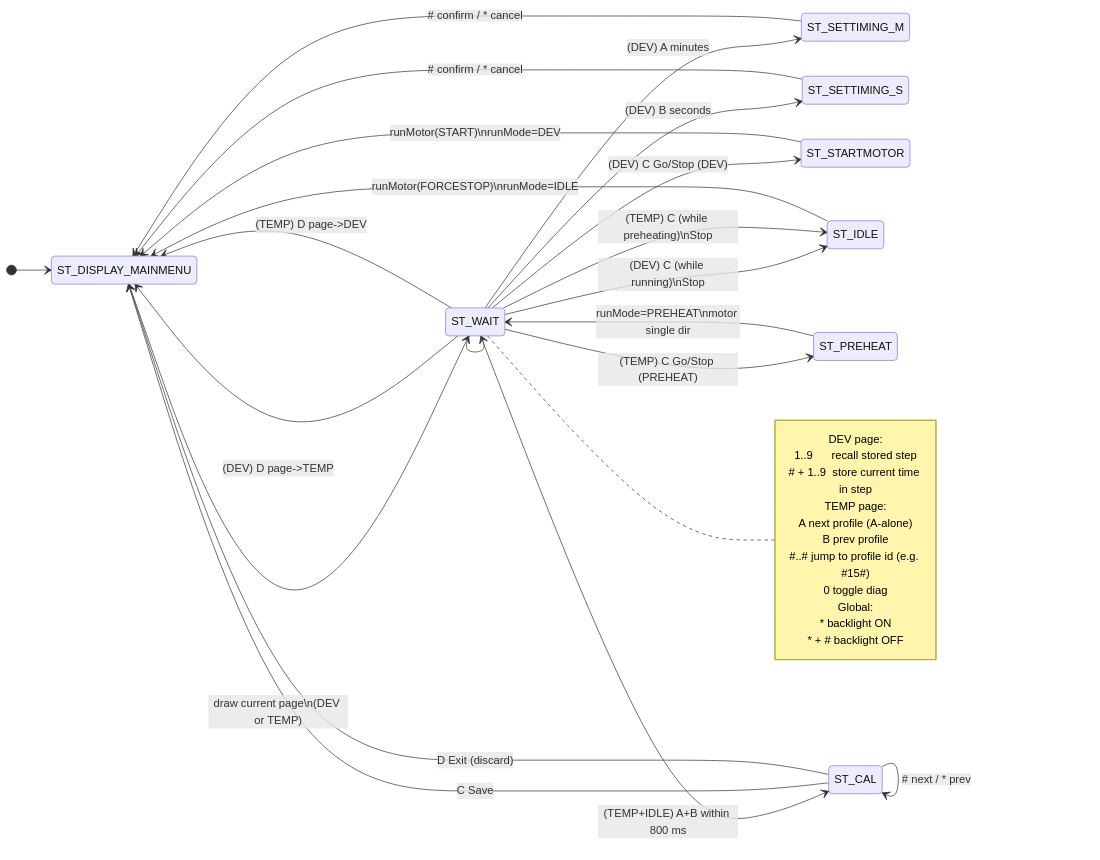
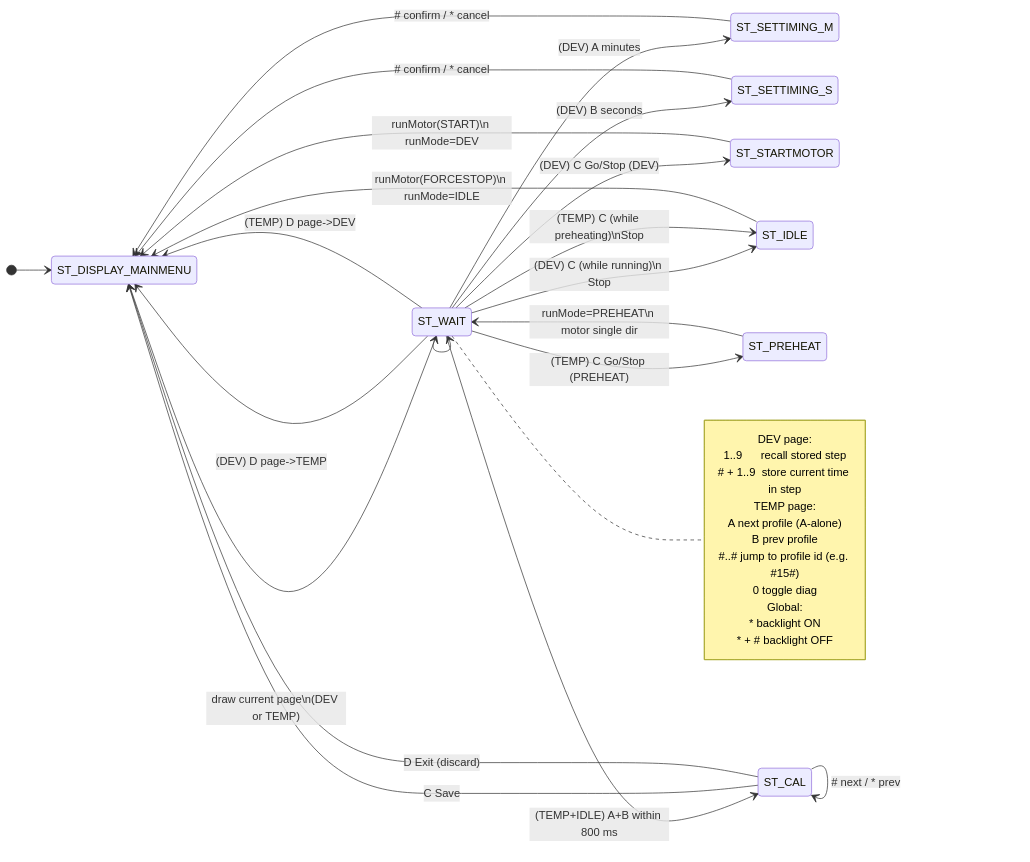
Before and after one commit to lese66/fpp: the first of 2 diagrams in README.md, drawn with Mermaid. The commit also changed other lines of this file, not shown here.

````diff
--- a/README.md
+++ b/README.md
@@ -203,58 +203,58 @@
 ```mermaid
 stateDiagram-v2
     direction LR
 
     [*] --> ST_DISPLAY_MAINMENU
     ST_DISPLAY_MAINMENU --> ST_WAIT: draw current page\n(DEV or TEMP)
 
     %% -------------------------
     %% DEV PAGE (PAGE_DEV)
     %% -------------------------
     ST_WAIT --> ST_SETTIMING_M: (DEV) A minutes
     ST_WAIT --> ST_SETTIMING_S: (DEV) B seconds
     ST_WAIT --> ST_STARTMOTOR:  (DEV) C Go/Stop (DEV)
     ST_WAIT --> ST_DISPLAY_MAINMENU: (DEV) D page->TEMP
 
     ST_SETTIMING_M --> ST_DISPLAY_MAINMENU: # confirm / * cancel
     ST_SETTIMING_S --> ST_DISPLAY_MAINMENU: # confirm / * cancel
 
-    ST_STARTMOTOR --> ST_DISPLAY_MAINMENU: runMotor(START)\nrunMode=DEV
-    ST_WAIT --> ST_IDLE: (DEV) C (while running)\nStop
-    ST_IDLE --> ST_DISPLAY_MAINMENU: runMotor(FORCESTOP)\nrunMode=IDLE
+    ST_STARTMOTOR --> ST_DISPLAY_MAINMENU: runMotor(START)\n runMode=DEV
+    ST_WAIT --> ST_IDLE: (DEV) C (while running)\n Stop
+    ST_IDLE --> ST_DISPLAY_MAINMENU: runMotor(FORCESTOP)\n runMode=IDLE
 
     %% -------------------------
     %% TEMP PAGE (PAGE_TEMP)
     %% -------------------------
     ST_WAIT --> ST_PREHEAT: (TEMP) C Go/Stop (PREHEAT)
-    ST_PREHEAT --> ST_WAIT: runMode=PREHEAT\nmotor single dir
+    ST_PREHEAT --> ST_WAIT: runMode=PREHEAT\n motor single dir
     ST_WAIT --> ST_IDLE: (TEMP) C (while preheating)\nStop
 
     ST_WAIT --> ST_DISPLAY_MAINMENU: (TEMP) D page->DEV
 
     %% -------------------------
     %% CALIBRATION (TEMP only)
     %% -------------------------
     ST_WAIT --> ST_CAL: (TEMP+IDLE) A+B within 800 ms
     ST_CAL --> ST_DISPLAY_MAINMENU: C Save
     ST_CAL --> ST_DISPLAY_MAINMENU: D Exit (discard)
     ST_CAL --> ST_CAL: A +0.1 / B -0.1
     ST_CAL --> ST_CAL: # next / * prev
 
     %% keep the loop explicit (Mermaid likes it)
     ST_WAIT --> ST_WAIT
 
     note right of ST_WAIT
       DEV page:
         1..9      recall stored step
         # + 1..9  store current time in step
       TEMP page:
         A next profile (A-alone)
         B prev profile
         #..# jump to profile id (e.g. #15#)
         0 toggle diag
       Global:
         * backlight ON
         * + # backlight OFF
     end note
 
 ```
````
